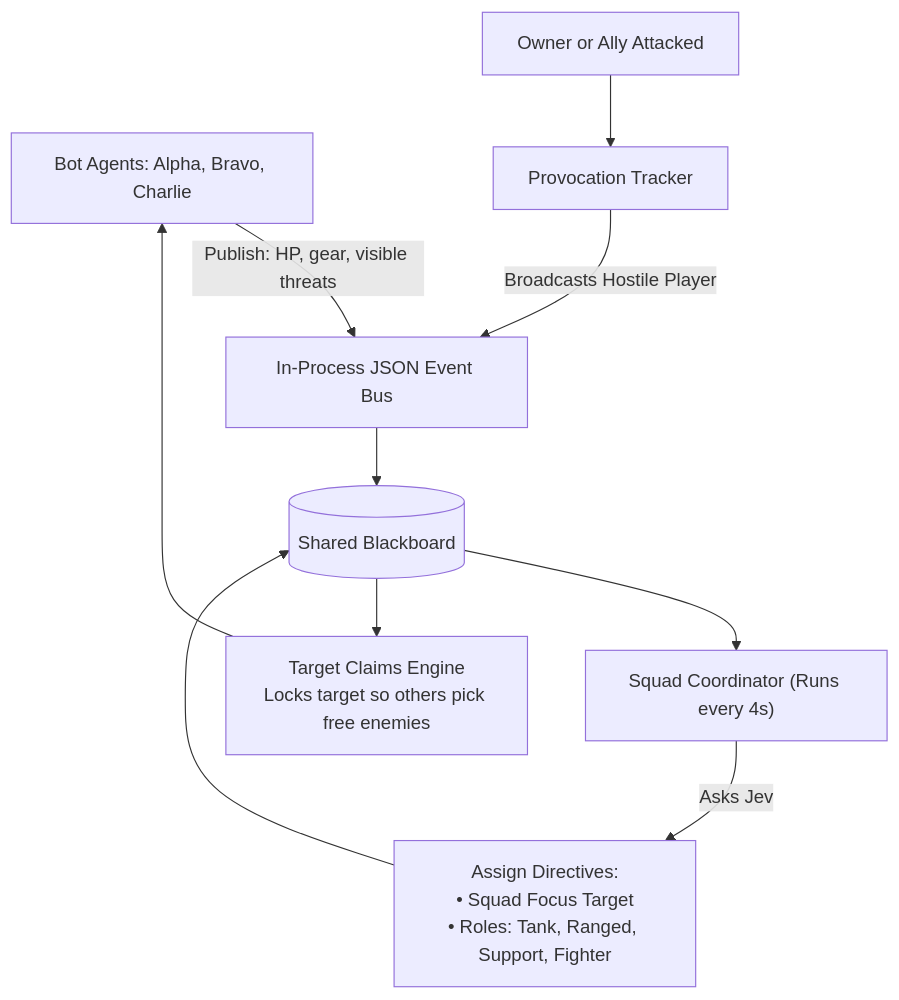
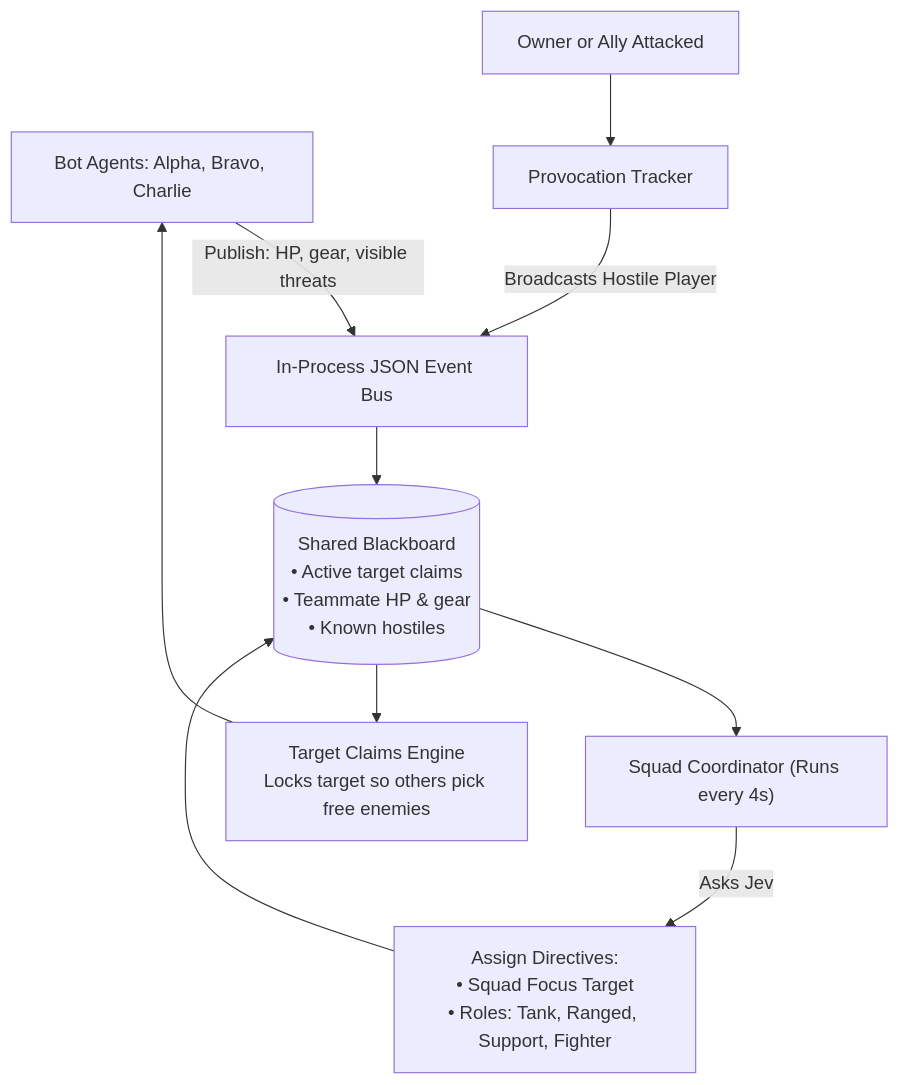
One commit to balamuru/mc-jev changed the fourth of 4 diagrams in docs/blog-post.md. Above: the diagram before and after it, drawn with Mermaid. The commit also changed other lines of this file, not shown here.

Commit message:
Refactor blog post: enhance explanation of the Blackboard Architecture and clarify the comparison with LangGraph

````diff
--- a/docs/blog-post.md
+++ b/docs/blog-post.md
@@ -164,15 +154,15 @@
 ```mermaid
 flowchart TD
     Bots["Bot Agents: Alpha, Bravo, Charlie"] -->|Publish: HP, gear, visible threats| Bus["In-Process JSON Event Bus"]
-    Bus --> Blackboard[("Shared Blackboard")]
+    Bus --> Blackboard[("Shared Blackboard\n• Active target claims\n• Teammate HP & gear\n• Known hostiles")]
 
     Blackboard --> Coordinator["Squad Coordinator (Runs every 4s)"]
     Coordinator -->|Asks Jev| Roles["Assign Directives:\n• Squad Focus Target\n• Roles: Tank, Ranged, Support, Fighter"]
     Roles --> Blackboard
 
     Blackboard --> Claims["Target Claims Engine\nLocks target so others pick free enemies"]
     Claims --> Bots
 
     OwnerAlert["Owner or Ally Attacked"] --> Retaliate["Provocation Tracker"]
     Retaliate -->|Broadcasts Hostile Player| Bus
 ```
````
